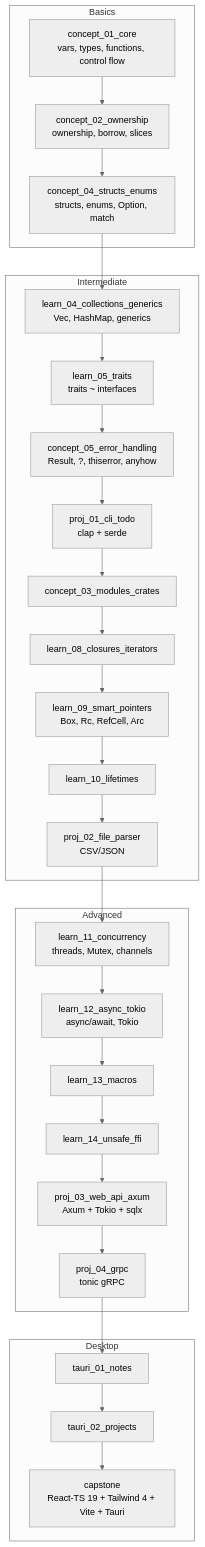
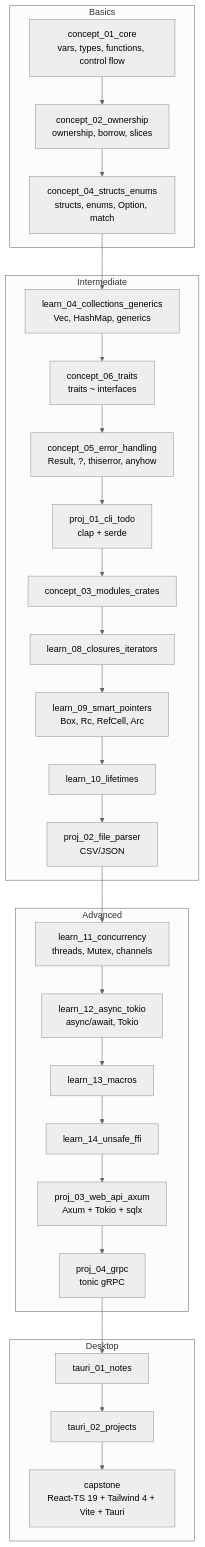
The diagram in README.md (devravinder/learn-rust), drawn with Mermaid (neutral theme) before and after one commit. The commit also changed 12 other files, not shown here.

````diff
--- a/README.md
+++ b/README.md
@@ -43,31 +43,31 @@
 ```mermaid
 graph TD
     subgraph Basics
         A[concept_01_core<br/>vars, types, functions, control flow] --> B[concept_02_ownership<br/>ownership, borrow, slices]
         B --> C[concept_04_structs_enums<br/>structs, enums, Option, match]
     end
     subgraph Intermediate
         C --> D[learn_04_collections_generics<br/>Vec, HashMap, generics]
-        D --> E[learn_05_traits<br/>traits ~ interfaces]
+        D --> E[concept_06_traits<br/>traits ~ interfaces]
         E --> F[concept_05_error_handling<br/>Result, ?, thiserror, anyhow]
         F --> P1[proj_01_cli_todo<br/>clap + serde]
         P1 --> G[concept_03_modules_crates]
         G --> H[learn_08_closures_iterators]
         H --> I[learn_09_smart_pointers<br/>Box, Rc, RefCell, Arc]
         I --> J[learn_10_lifetimes]
         J --> P2[proj_02_file_parser<br/>CSV/JSON]
     end
     subgraph Advanced
         P2 --> K[learn_11_concurrency<br/>threads, Mutex, channels]
         K --> L[learn_12_async_tokio<br/>async/await, Tokio]
         L --> M[learn_13_macros]
         M --> N[learn_14_unsafe_ffi]
         N --> P3[proj_03_web_api_axum<br/>Axum + Tokio + sqlx]
         P3 --> P4[proj_04_grpc<br/>tonic gRPC]
     end
     subgraph Desktop
         P4 --> T1[tauri_01_notes]
         T1 --> T2[tauri_02_projects]
         T2 --> CAP[capstone<br/>React-TS 19 + Tailwind 4 + Vite + Tauri]
     end
 ```
````
